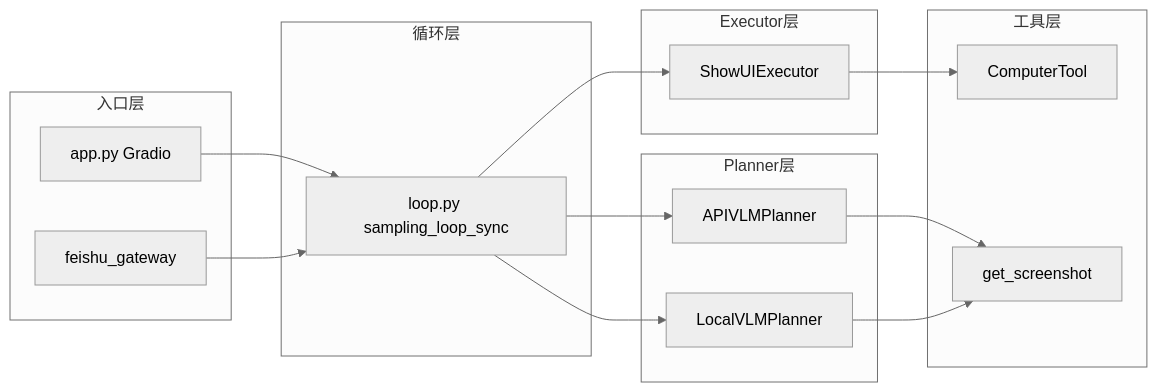
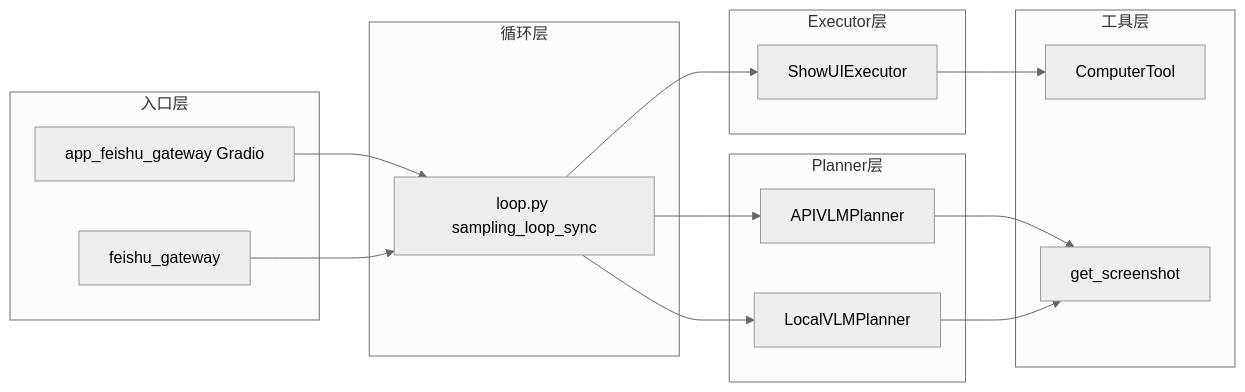
Before and after one commit to crown-hg-h/deskclaw: the third of 4 diagrams in docs/WORKFLOW.md, drawn with Mermaid (neutral theme). The commit also changed other lines of this file and 7 other files, not shown here.

````diff
--- a/docs/WORKFLOW.md
+++ b/docs/WORKFLOW.md
@@ -83,34 +85,34 @@
 ```mermaid
 flowchart LR
     subgraph 入口层
-        App[app.py Gradio]
+        App[app_feishu_gateway Gradio]
         Feishu[feishu_gateway]
     end
 
     subgraph 循环层
         Loop[loop.py sampling_loop_sync]
     end
 
     subgraph Planner层
         APIVLM[APIVLMPlanner]
         LocalVLM[LocalVLMPlanner]
     end
 
     subgraph Executor层
         ShowUIExec[ShowUIExecutor]
     end
 
     subgraph 工具层
         Computer[ComputerTool]
         Screen[get_screenshot]
     end
 
     App --> Loop
     Feishu --> Loop
     Loop --> APIVLM
     Loop --> LocalVLM
     Loop --> ShowUIExec
     APIVLM --> Screen
     LocalVLM --> Screen
     ShowUIExec --> Computer
 ```
````
